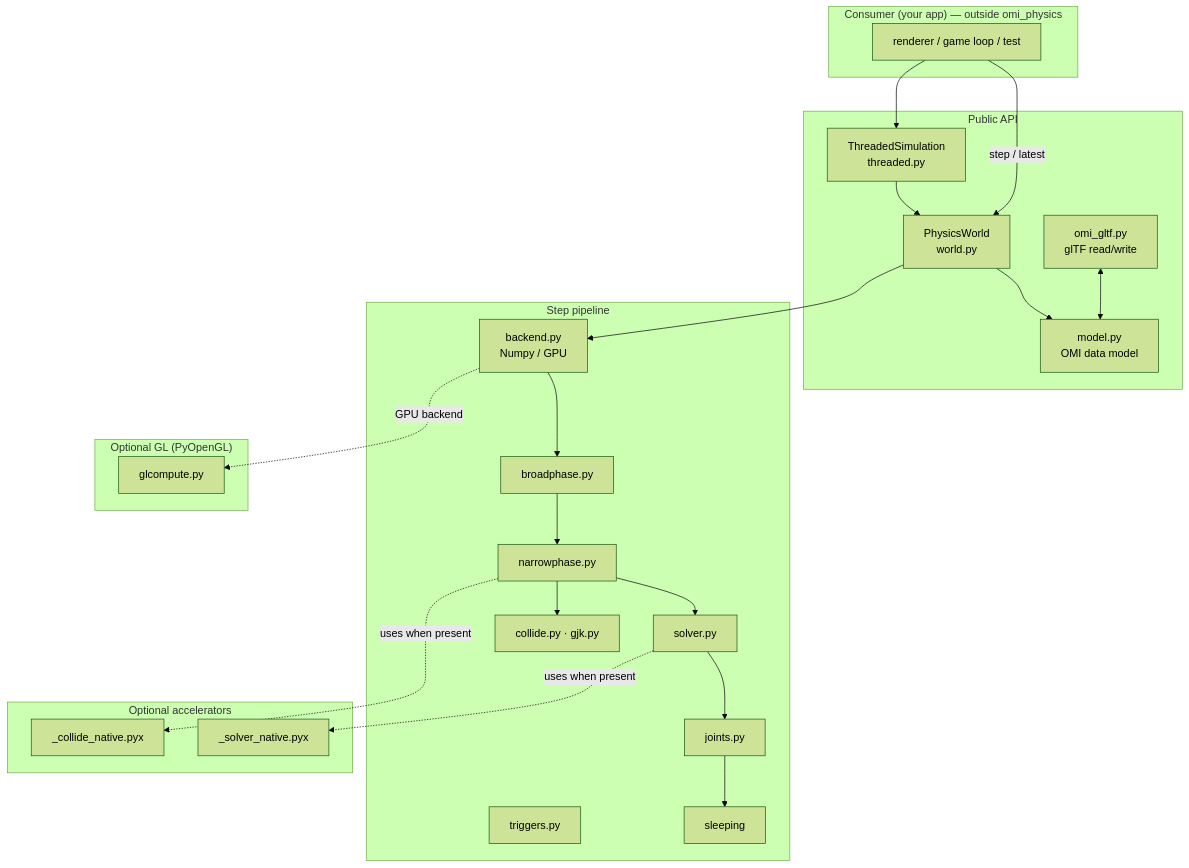
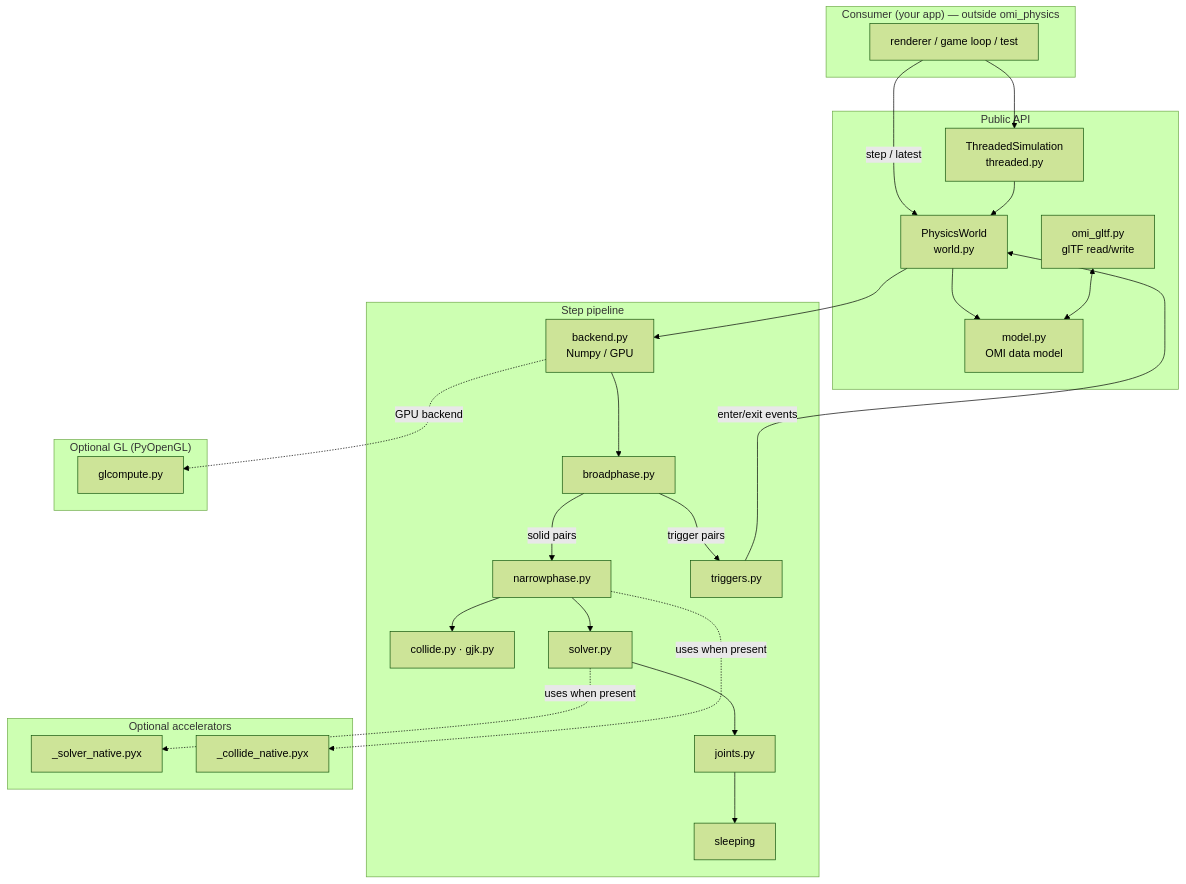
One commit to mcfletch/omi_physics changed the diagram in docs/ARCHITECTURE.md. Above: the diagram before and after it, drawn with Mermaid (forest theme). The commit also changed 7 other files, not shown here.

````diff
--- a/docs/ARCHITECTURE.md
+++ b/docs/ARCHITECTURE.md
@@ -10,45 +10,48 @@
 ```mermaid
 flowchart TD
     subgraph consumer["Consumer (your app) — outside omi_physics"]
         R[renderer / game loop / test]
     end
 
     subgraph api["Public API"]
         W[PhysicsWorld<br/>world.py]
         TS[ThreadedSimulation<br/>threaded.py]
         M[model.py<br/>OMI data model]
         G[omi_gltf.py<br/>glTF read/write]
     end
 
     subgraph pipeline["Step pipeline"]
         BK[backend.py<br/>Numpy / GPU]
         BP[broadphase.py]
         NP[narrowphase.py]
         CO[collide.py · gjk.py]
         SV[solver.py]
         JO[joints.py]
         TR[triggers.py]
         SL[sleeping]
     end
 
     subgraph accel["Optional accelerators"]
         SN[_solver_native.pyx]
         CN[_collide_native.pyx]
     end
 
     subgraph opt["Optional GL (PyOpenGL)"]
         GC[glcompute.py]
     end
 
     R -->|step / latest| W
     R --> TS
     TS --> W
     W --> M
     G <--> M
     W --> BK
-    BK --> BP --> NP --> SV --> JO --> SL
+    BK --> BP
+    BP -->|solid pairs| NP --> SV --> JO --> SL
+    BP -->|trigger pairs| TR
+    TR -->|enter/exit events| W
     NP --> CO
     SV -. uses when present .-> SN
     NP -. uses when present .-> CN
     BK -. GPU backend .-> GC
 ```
````
